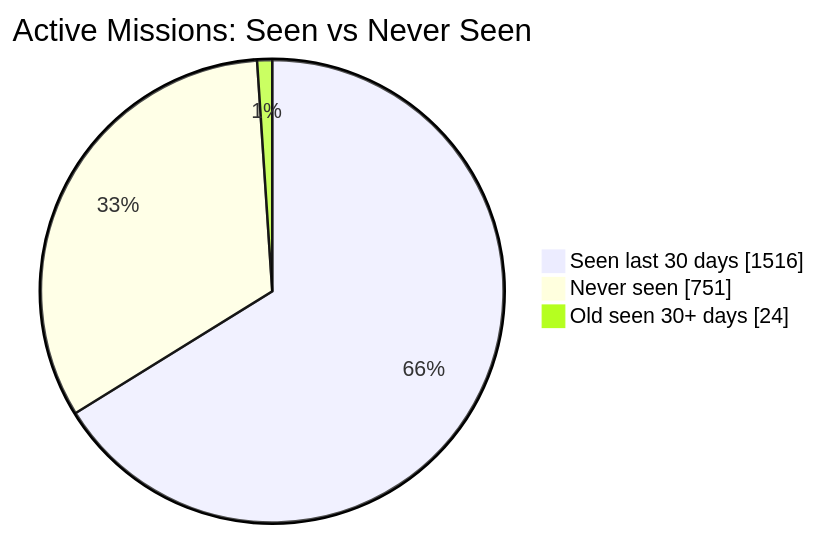
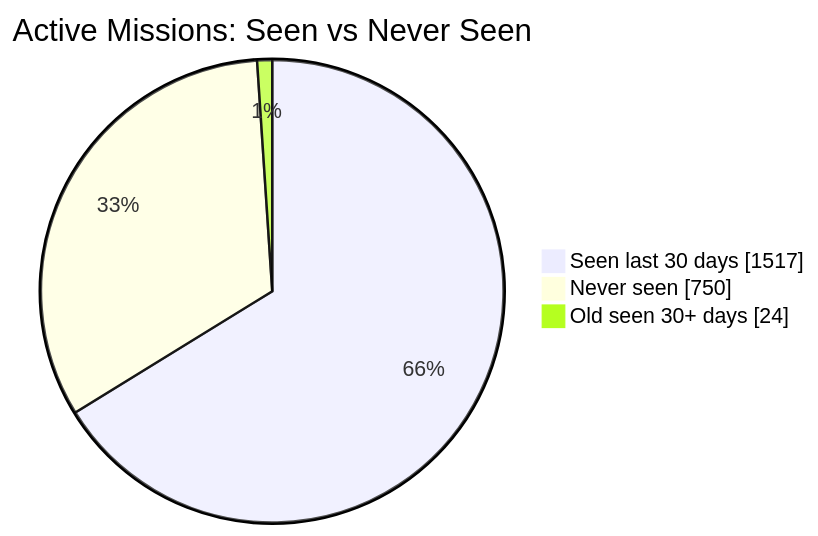
The first of 2 diagrams in README.md (MeldkamerspelGameTeam/active-missions), drawn with Mermaid before and after one commit. The commit also changed other lines of this file and 3 other files, not shown here.

````diff
--- a/README.md
+++ b/README.md
@@ -34,7 +34,7 @@
 ```mermaid
 pie showData
     title Active Missions: Seen vs Never Seen
-    "Seen last 30 days" : 1516
-    "Never seen" : 751
+    "Seen last 30 days" : 1517
+    "Never seen" : 750
     "Old seen 30+ days" : 24
 ```
````
